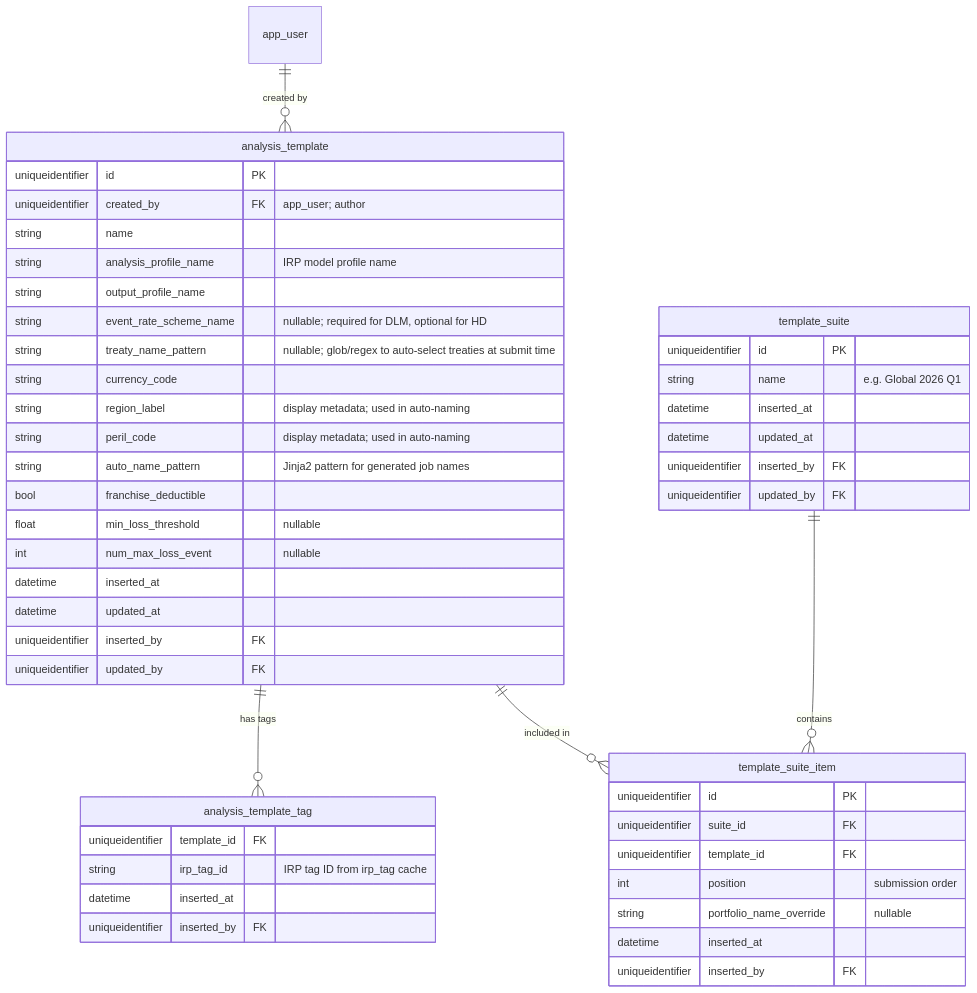
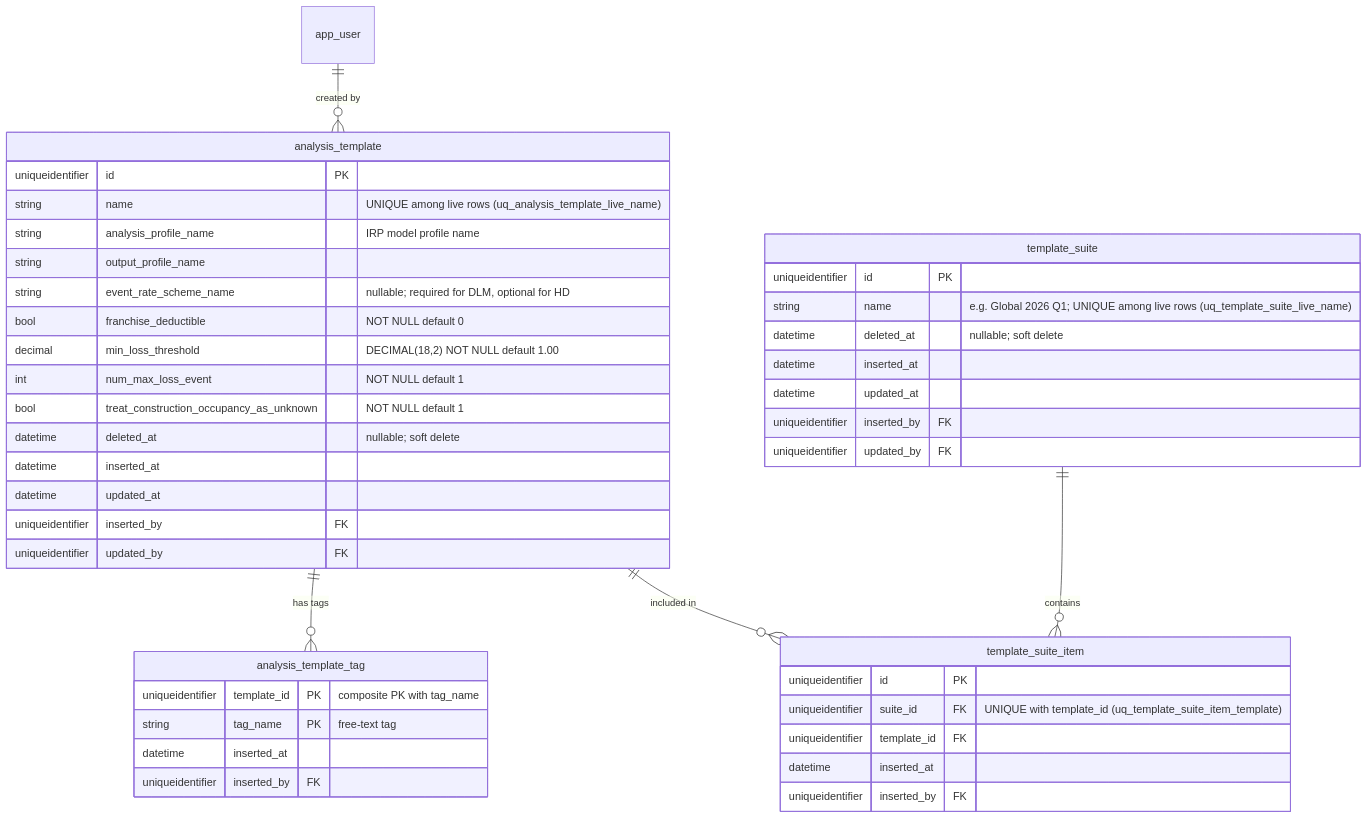
One commit to anilvenugopal/risk-workbench changed the fifth of 9 diagrams in docs/DATA_MODEL.md. Above: the diagram before and after it, drawn with Mermaid. The commit also changed other lines of this file and 2 other files, not shown here.

````diff
--- a/docs/DATA_MODEL.md
+++ b/docs/DATA_MODEL.md
@@ -308,51 +308,46 @@
 ```mermaid
 erDiagram
   app_user ||--o{ analysis_template : "created by"
   analysis_template ||--o{ analysis_template_tag : "has tags"
   template_suite ||--o{ template_suite_item : contains
   analysis_template ||--o{ template_suite_item : "included in"
 
   analysis_template {
     uniqueidentifier id PK
-    uniqueidentifier created_by FK "app_user; author"
-    string name
+    string name "UNIQUE among live rows (uq_analysis_template_live_name)"
     string analysis_profile_name "IRP model profile name"
     string output_profile_name
     string event_rate_scheme_name "nullable; required for DLM, optional for HD"
-    string treaty_name_pattern "nullable; glob/regex to auto-select treaties at submit time"
-    string currency_code
-    string region_label "display metadata; used in auto-naming"
-    string peril_code "display metadata; used in auto-naming"
-    string auto_name_pattern "Jinja2 pattern for generated job names"
-    bool franchise_deductible
-    float min_loss_threshold "nullable"
-    int num_max_loss_event "nullable"
+    bool franchise_deductible "NOT NULL default 0"
+    decimal min_loss_threshold "DECIMAL(18,2) NOT NULL default 1.00"
+    int num_max_loss_event "NOT NULL default 1"
+    bool treat_construction_occupancy_as_unknown "NOT NULL default 1"
+    datetime deleted_at "nullable; soft delete"
     datetime inserted_at
     datetime updated_at
     uniqueidentifier inserted_by FK
     uniqueidentifier updated_by FK
   }
   analysis_template_tag {
-    uniqueidentifier template_id FK
-    string irp_tag_id "IRP tag ID from irp_tag cache"
+    uniqueidentifier template_id PK "composite PK with tag_name"
+    string tag_name PK "free-text tag"
     datetime inserted_at
     uniqueidentifier inserted_by FK
   }
   template_suite {
     uniqueidentifier id PK
-    string name "e.g. Global 2026 Q1"
+    string name "e.g. Global 2026 Q1; UNIQUE among live rows (uq_template_suite_live_name)"
+    datetime deleted_at "nullable; soft delete"
     datetime inserted_at
     datetime updated_at
     uniqueidentifier inserted_by FK
     uniqueidentifier updated_by FK
   }
   template_suite_item {
     uniqueidentifier id PK
-    uniqueidentifier suite_id FK
+    uniqueidentifier suite_id FK "UNIQUE with template_id (uq_template_suite_item_template)"
     uniqueidentifier template_id FK
-    int position "submission order"
-    string portfolio_name_override "nullable"
     datetime inserted_at
     uniqueidentifier inserted_by FK
   }
 ```
````
